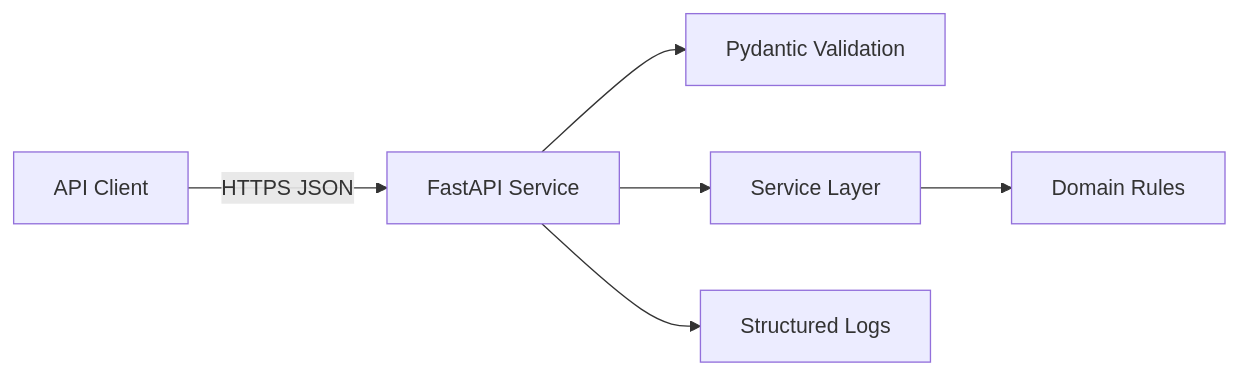
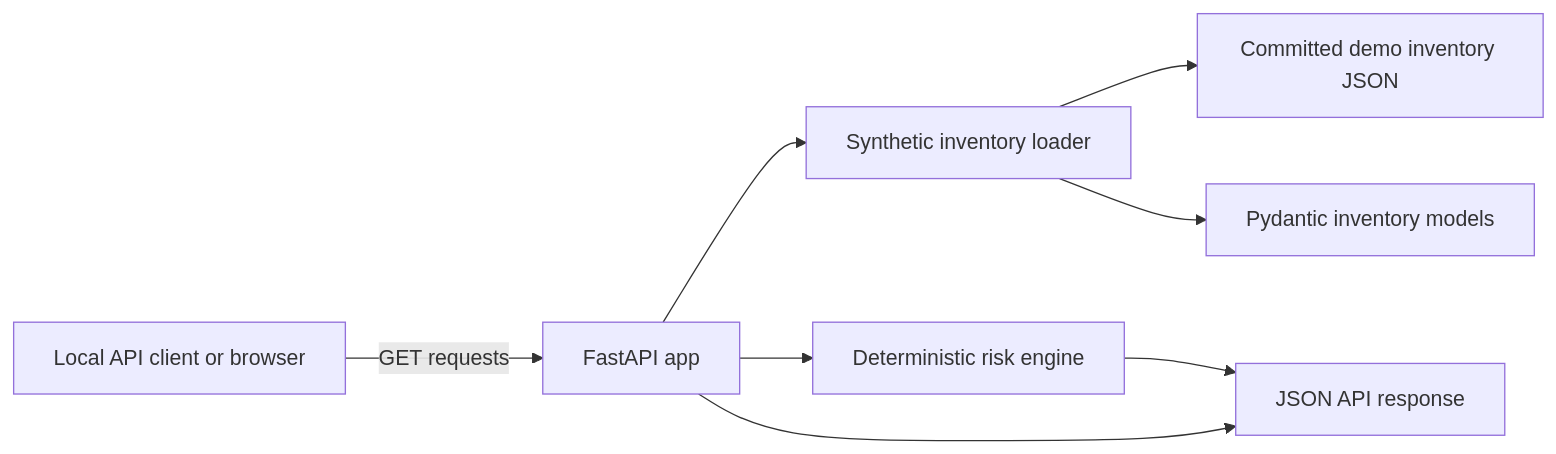
One commit to Rblea97/endpoint-identity-control-plane changed the diagram in docs/architecture.md. Above: the diagram before and after it, drawn with Mermaid. The commit also changed other lines of this file and 15 other files, not shown here.

````diff
--- a/docs/architecture.md
+++ b/docs/architecture.md
@@ -7,8 +19,18 @@
 ```mermaid
 flowchart LR
-    Client[API Client] -->|HTTPS JSON| API[FastAPI Service]
-    API --> Validation[Pydantic Validation]
-    API --> Service[Service Layer]
-    Service --> Rules[Domain Rules]
-    API --> Logs[Structured Logs]
+    Client[Local API client or browser]
+    API[FastAPI app]
+    Loader[Synthetic inventory loader]
+    Fixture[Committed demo inventory JSON]
+    Models[Pydantic inventory models]
+    Rules[Deterministic risk engine]
+    Response[JSON API response]
+
+    Client -->|GET requests| API
+    API --> Loader
+    Loader --> Fixture
+    Loader --> Models
+    API --> Rules
+    Rules --> Response
+    API --> Response
 ```
````
